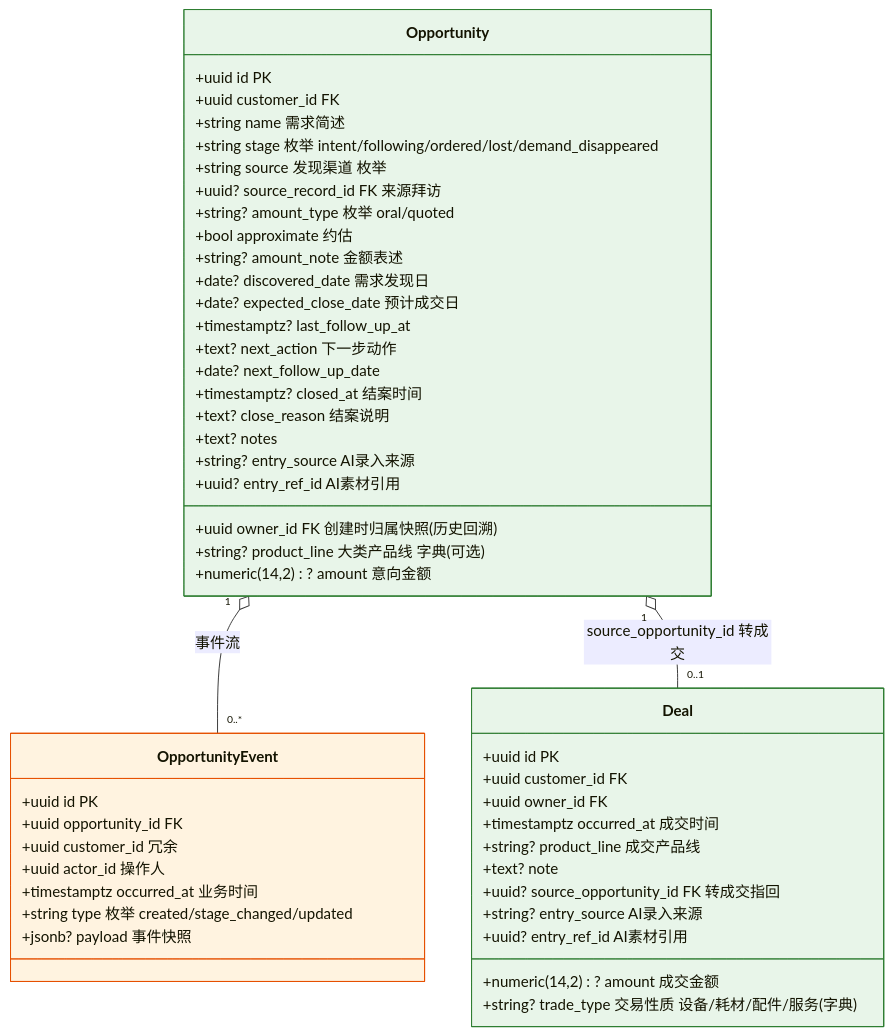
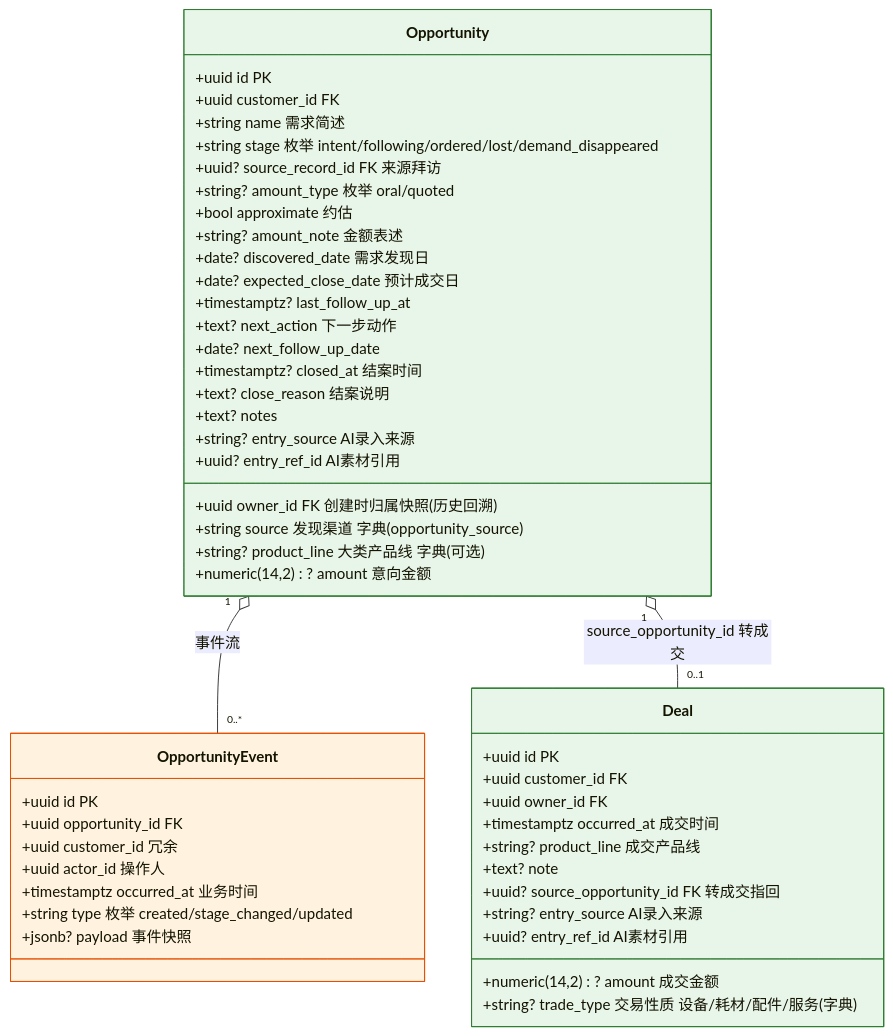
One commit to lixiname/LITECRM changed the second of 26 diagrams in docs/重构架构决策与实施蓝图.md. Above: the diagram before and after it, drawn with Mermaid. The commit also changed other lines of this file, not shown here.

````diff
--- a/docs/重构架构决策与实施蓝图.md
+++ b/docs/重构架构决策与实施蓝图.md
@@ -408,54 +409,54 @@
 ```mermaid
 classDiagram
     class Opportunity {
         +uuid id PK
         +uuid customer_id FK
         +uuid owner_id FK 创建时归属快照(历史回溯)
         +string name 需求简述
         +string stage 枚举 intent/following/ordered/lost/demand_disappeared
-        +string source 发现渠道 枚举
+        +string source 发现渠道 字典(opportunity_source)
         +string? product_line 大类产品线 字典(可选)
         +uuid? source_record_id FK 来源拜访
         +string? amount_type 枚举 oral/quoted
         +numeric(14,2)? amount 意向金额
         +bool approximate 约估
         +string? amount_note 金额表述
         +date? discovered_date 需求发现日
         +date? expected_close_date 预计成交日
         +timestamptz? last_follow_up_at
         +text? next_action 下一步动作
         +date? next_follow_up_date
         +timestamptz? closed_at 结案时间
         +text? close_reason 结案说明
         +text? notes
         +string? entry_source AI录入来源
         +uuid? entry_ref_id AI素材引用
     }
     class OpportunityEvent {
         +uuid id PK
         +uuid opportunity_id FK
         +uuid customer_id 冗余
         +uuid actor_id 操作人
         +timestamptz occurred_at 业务时间
         +string type 枚举 created/stage_changed/updated
         +jsonb? payload 事件快照
     }
     class Deal {
         +uuid id PK
         +uuid customer_id FK
         +uuid owner_id FK
         +timestamptz occurred_at 成交时间
         +numeric(14,2)? amount 成交金额
         +string? product_line 成交产品线
         +string? trade_type 交易性质 设备/耗材/配件/服务(字典)
         +text? note
         +uuid? source_opportunity_id FK 转成交指回
         +string? entry_source AI录入来源
         +uuid? entry_ref_id AI素材引用
     }
     Opportunity "1" o-- "0..*" OpportunityEvent : 事件流
     Opportunity "1" o-- "0..1" Deal : source_opportunity_id 转成交
     style Opportunity fill:#e8f5e9,stroke:#2e7d32
     style Deal fill:#e8f5e9,stroke:#2e7d32
     style OpportunityEvent fill:#fff3e0,stroke:#e65100
 ```
````
